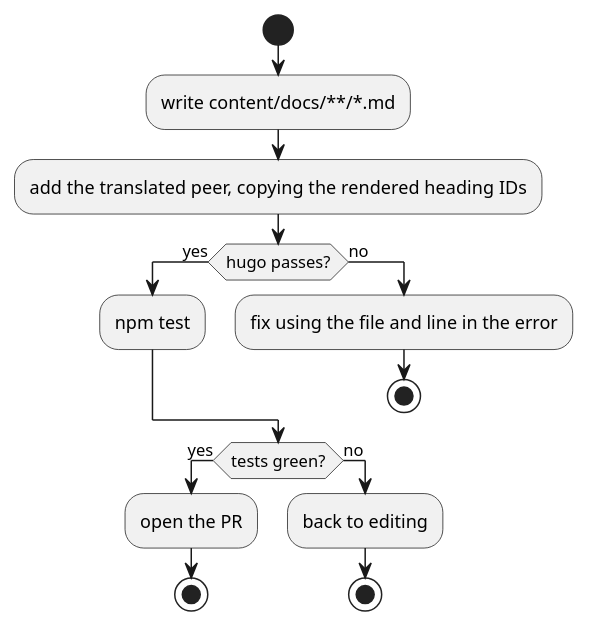
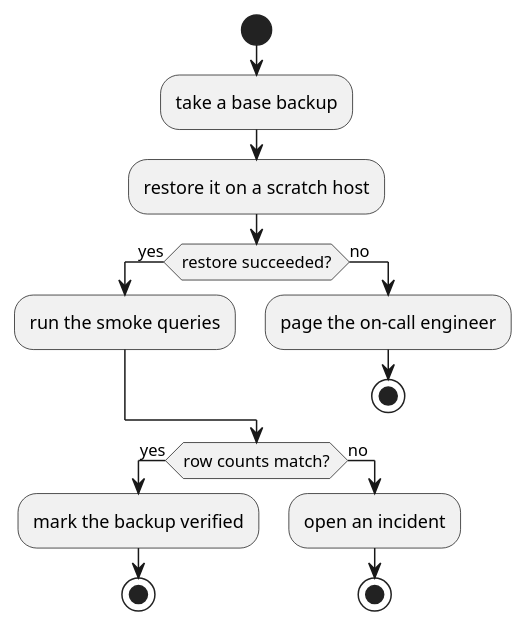
The fourth of 5 diagrams in content/docs/components/plantuml.md (pgsty/oink.pgsty.com), drawn with PlantUML before and after one commit. The commit also changed other lines of this file and 148 other files, not shown here.

````diff
--- a/content/docs/components/plantuml.md
+++ b/content/docs/components/plantuml.md
@@ -109,20 +117,20 @@
 ```plantuml
 @startuml
 start
-:write content/docs/**/*.md;
-:add the translated peer, copying the rendered heading IDs;
-if (hugo passes?) then (yes)
-  :npm test;
+:take a base backup;
+:restore it on a scratch host;
+if (restore succeeded?) then (yes)
+  :run the smoke queries;
 else (no)
-  :fix using the file and line in the error;
+  :page the on-call engineer;
   stop
 endif
-if (tests green?) then (yes)
-  :open the PR;
+if (row counts match?) then (yes)
+  :mark the backup verified;
   stop
 else (no)
-  :back to editing;
+  :open an incident;
   stop
 endif
 @enduml
 ```
````
